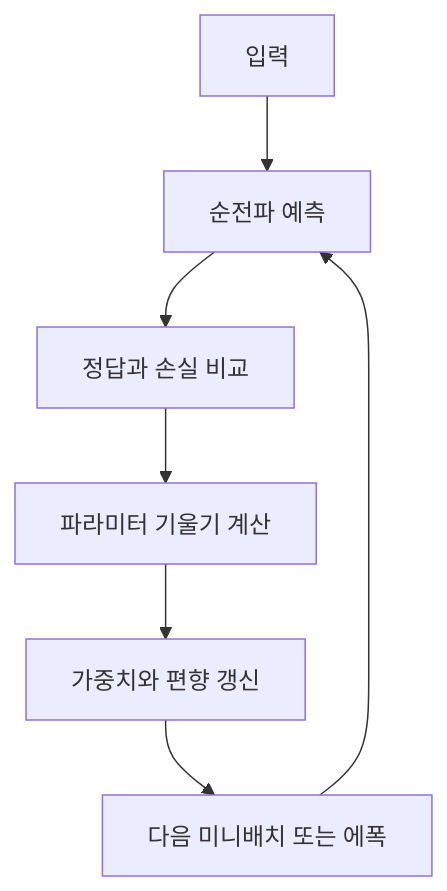
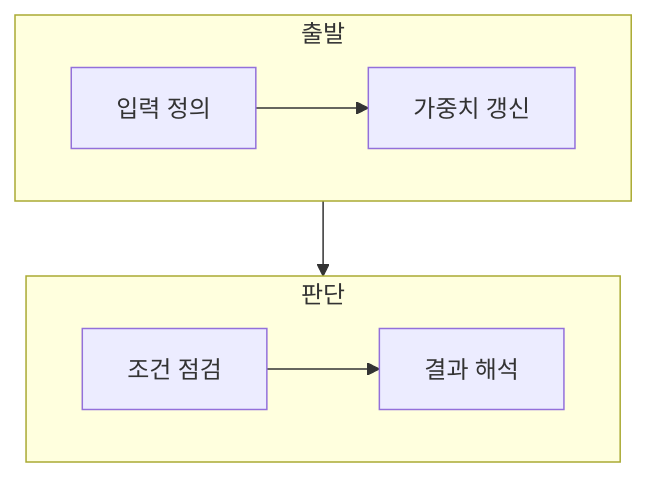
The diagram in ComputerScience/03_ai-ml-data/artificial-intelligence/notes/01. Backpropagation의 가중치 갱신.md (umyunsang/edu), drawn with Mermaid before and after one commit. The commit also changed other lines of this file and 20 other files, not shown here.

````diff
--- a/ComputerScience/03_ai-ml-data/artificial-intelligence/notes/01. Backpropagation의 가중치 갱신.md
+++ b/ComputerScience/03_ai-ml-data/artificial-intelligence/notes/01. Backpropagation의 가중치 갱신.md
@@ -20,9 +23,12 @@
 ```mermaid
-flowchart TD
-  A[입력] --> B[순전파 예측]
-  B --> C[정답과 손실 비교]
-  C --> D[파라미터 기울기 계산]
-  D --> E[가중치와 편향 갱신]
-  E --> F[다음 미니배치 또는 에폭]
-  F --> B
+flowchart TB
+    subgraph Input[출발]
+        direction LR
+        A[입력 정의] --> B[가중치 갱신]
+    end
+    subgraph Decision[판단]
+        direction LR
+        C[조건 점검] --> D[결과 해석]
+    end
+    B --> C
 ```
````
